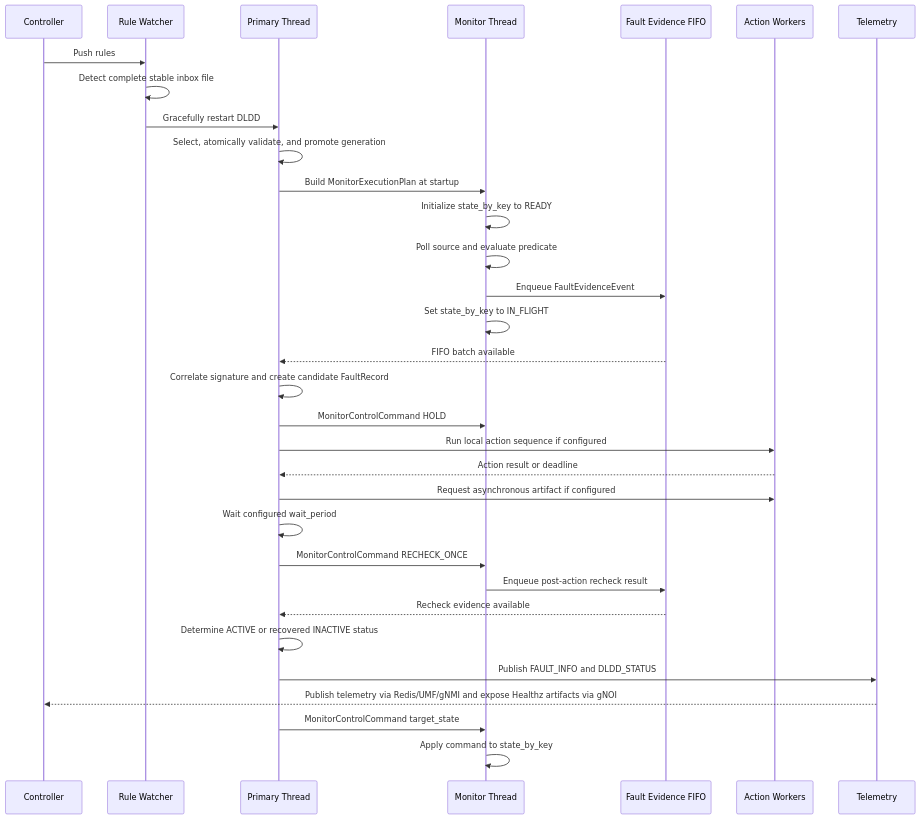
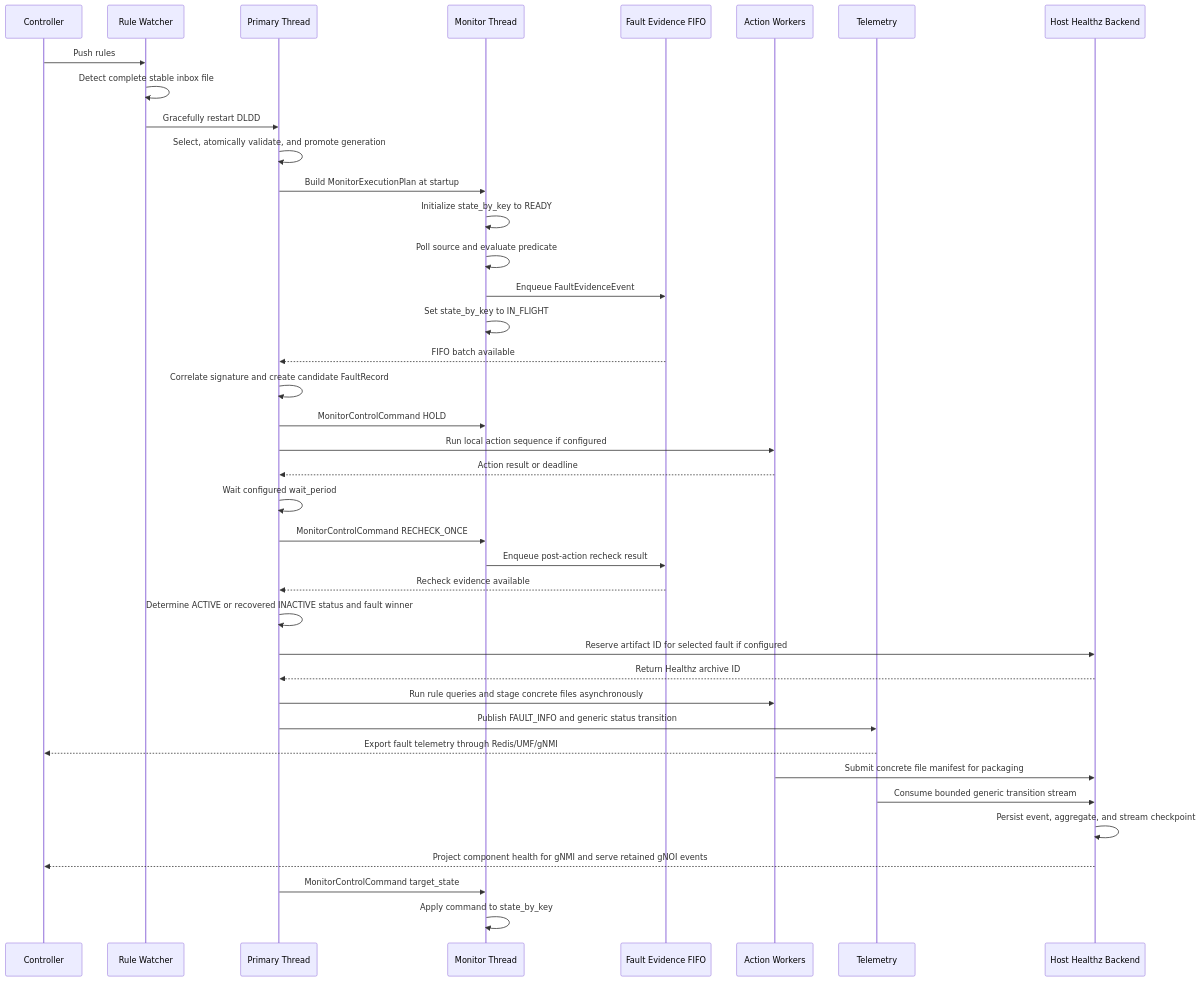
Before and after one commit to sonic-net/SONiC: the second of 2 diagrams in doc/device_local_diagnosis/device-local-diagnosis-daemon.md, drawn with Mermaid. The commit also changed other lines of this file and 1 other file, not shown here.

Commit message:
Align DLDD HLD with host resource limits and current telemetry contracts

````diff
--- a/doc/device_local_diagnosis/device-local-diagnosis-daemon.md
+++ b/doc/device_local_diagnosis/device-local-diagnosis-daemon.md
@@ -190,35 +200,42 @@
 ```mermaid
 sequenceDiagram
   participant C as Controller
   participant W as Rule Watcher
   participant P as Primary Thread
   participant M as Monitor Thread
   participant Q as Fault Evidence FIFO
   participant A as Action Workers
   participant T as Telemetry
+  participant H as Host Healthz Backend
 
   C->>W: Push rules
   W->>W: Detect complete stable inbox file
   W->>P: Gracefully restart DLDD
   P->>P: Select, atomically validate, and promote generation
   P->>M: Build MonitorExecutionPlan at startup
   M->>M: Initialize state_by_key to READY
   M->>M: Poll source and evaluate predicate
   M->>Q: Enqueue FaultEvidenceEvent
   M->>M: Set state_by_key to IN_FLIGHT
   Q-->>P: FIFO batch available
   P->>P: Correlate signature and create candidate FaultRecord
   P->>M: MonitorControlCommand HOLD
   P->>A: Run local action sequence if configured
   A-->>P: Action result or deadline
-  P->>A: Request asynchronous artifact if configured
   P->>P: Wait configured wait_period
   P->>M: MonitorControlCommand RECHECK_ONCE
   M->>Q: Enqueue post-action recheck result
   Q-->>P: Recheck evidence available
-  P->>P: Determine ACTIVE or recovered INACTIVE status
-  P->>T: Publish FAULT_INFO and DLDD_STATUS
-  T-->>C: Publish telemetry via Redis/UMF/gNMI and expose Healthz artifacts via gNOI
+  P->>P: Determine ACTIVE or recovered INACTIVE status and fault winner
+  P->>H: Reserve artifact ID for selected fault if configured
+  H-->>P: Return Healthz archive ID
+  P->>A: Run rule queries and stage concrete files asynchronously
+  P->>T: Publish FAULT_INFO and generic status transition
+  T-->>C: Export fault telemetry through Redis/UMF/gNMI
+  A->>H: Submit concrete file manifest for packaging
+  T->>H: Consume bounded generic transition stream
+  H->>H: Persist event, aggregate, and stream checkpoint
+  H-->>C: Project component health for gNMI and serve retained gNOI events
   P->>M: MonitorControlCommand target_state
   M->>M: Apply command to state_by_key
 ```
````
